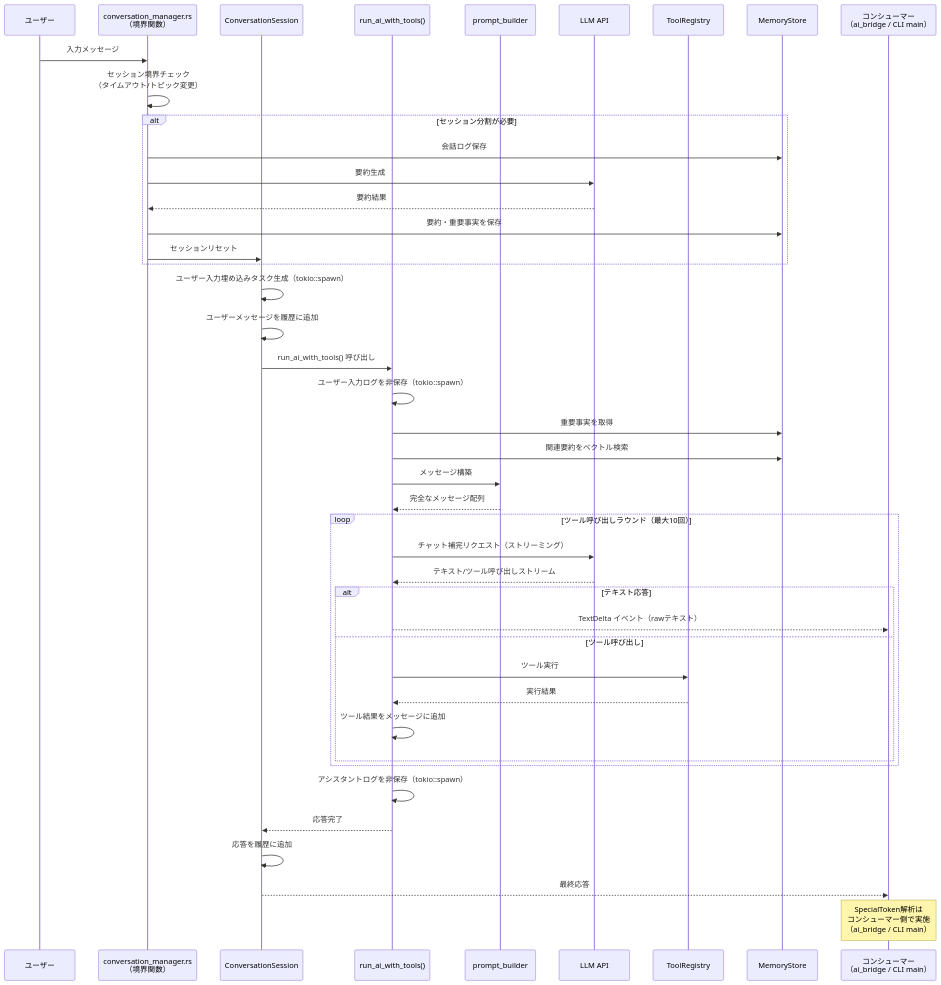
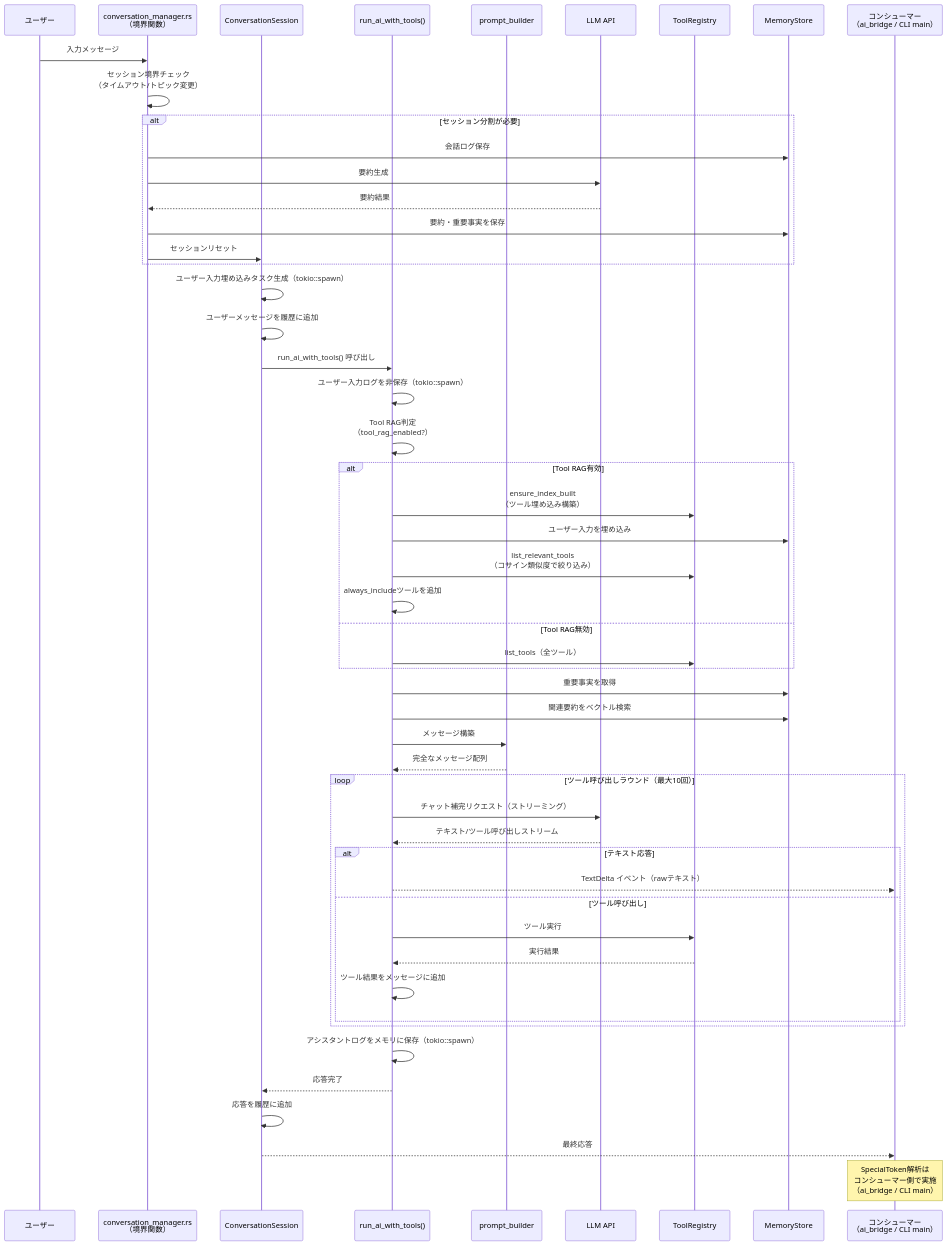
Before and after one commit to pexisgle/ene: the second of 13 diagrams in docs/ai-core-flow.md, drawn with Mermaid. The commit also changed other lines of this file and 29 other files, not shown here.

````diff
--- a/docs/ai-core-flow.md
+++ b/docs/ai-core-flow.md
@@ -110,51 +112,60 @@
 ```mermaid
 sequenceDiagram
     participant User as ユーザー
     participant SessionFuncs as conversation_manager.rs<br/>（境界関数）
     participant Session as ConversationSession
     participant Stream as run_ai_with_tools()
     participant Prompt as prompt_builder
     participant LLM as LLM API
     participant Tools as ToolRegistry
     participant Memory as MemoryStore
     participant Consumer as コンシューマー<br/>（ai_bridge / CLI main）
 
     User->>SessionFuncs: 入力メッセージ
     SessionFuncs->>SessionFuncs: セッション境界チェック<br/>（タイムアウト/トピック変更）
     alt セッション分割が必要
         SessionFuncs->>Memory: 会話ログ保存
         SessionFuncs->>LLM: 要約生成
         LLM-->>SessionFuncs: 要約結果
         SessionFuncs->>Memory: 要約・重要事実を保存
         SessionFuncs->>Session: セッションリセット
     end
 
     Session->>Session: ユーザー入力埋め込みタスク生成（tokio::spawn）
     Session->>Session: ユーザーメッセージを履歴に追加
     Session->>Stream: run_ai_with_tools() 呼び出し
 
     Stream->>Stream: ユーザー入力ログを非保存（tokio::spawn）
+    Stream->>Stream: Tool RAG判定<br/>（tool_rag_enabled?）
+    alt Tool RAG有効
+        Stream->>Tools: ensure_index_built<br/>（ツール埋め込み構築）
+        Stream->>Memory: ユーザー入力を埋め込み
+        Stream->>Tools: list_relevant_tools<br/>（コサイン類似度で絞り込み）
+        Stream->>Stream: always_includeツールを追加
+    else Tool RAG無効
+        Stream->>Tools: list_tools（全ツール）
+    end
     Stream->>Memory: 重要事実を取得
     Stream->>Memory: 関連要約をベクトル検索
     Stream->>Prompt: メッセージ構築
     Prompt-->>Stream: 完全なメッセージ配列
 
     loop ツール呼び出しラウンド（最大10回）
         Stream->>LLM: チャット補完リクエスト（ストリーミング）
         LLM-->>Stream: テキスト/ツール呼び出しストリーム
         alt テキスト応答
             Stream-->>Consumer: TextDelta イベント（rawテキスト）
         else ツール呼び出し
             Stream->>Tools: ツール実行
             Tools-->>Stream: 実行結果
             Stream->>Stream: ツール結果をメッセージに追加
         end
     end
 
-    Stream->>Stream: アシスタントログを非保存（tokio::spawn）
+    Stream->>Stream: アシスタントログをメモリに保存（tokio::spawn）
     Stream-->>Session: 応答完了
     Session->>Session: 応答を履歴に追加
     Session-->>Consumer: 最終応答
 
     Note over Consumer: SpecialToken解析は<br/>コンシューマー側で実施<br/>（ai_bridge / CLI main）
 ```
````
